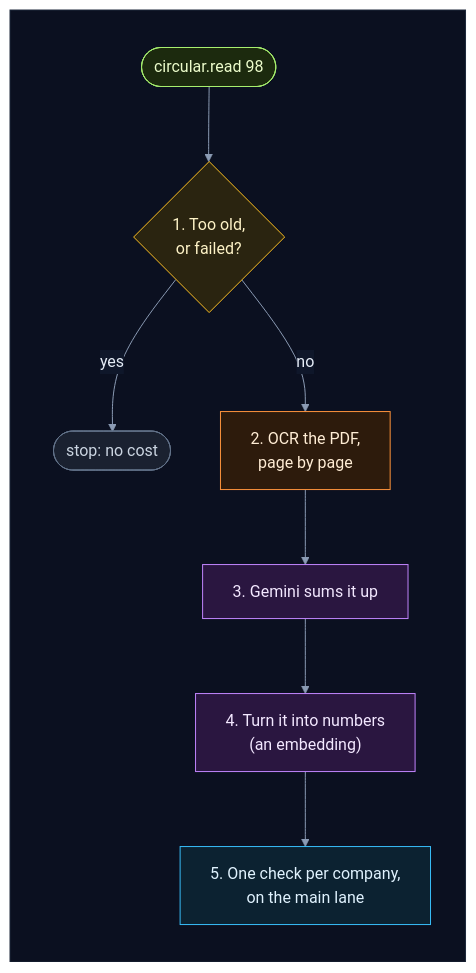
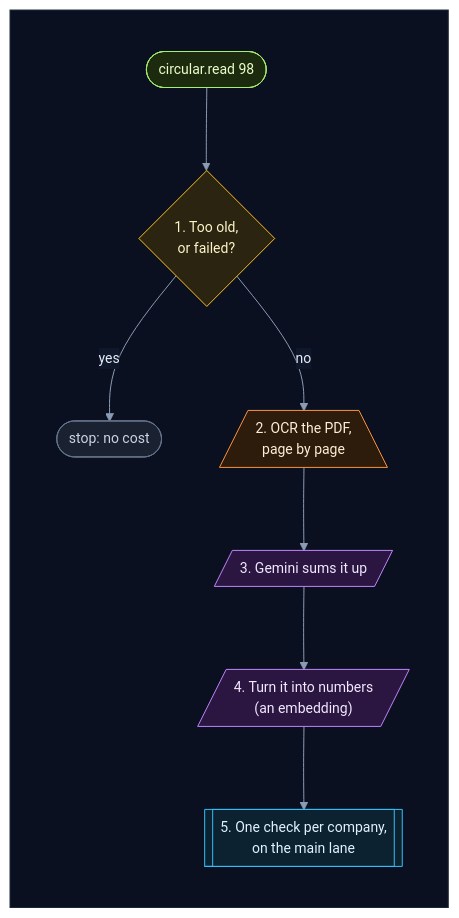
Before and after one commit to selvakumarperumal/Regulatory_Circular_Impact_Agent: the fifth of 8 diagrams in system_overview.md, drawn with Mermaid. The commit also changed other lines of this file and 5 other files, not shown here.

Commit message:
Give the docs' flowcharts a shape per kind of part, more room and slightly smaller text

````diff
--- a/system_overview.md
+++ b/system_overview.md
@@ -214,26 +214,26 @@
 ```mermaid
-%%{init: {"theme": "base", "flowchart": {"diagramPadding": 0}, "themeVariables": {"darkMode": true, "primaryColor": "#16213a", "primaryTextColor": "#e6edf7", "primaryBorderColor": "#475a7a", "lineColor": "#8b9bb4", "secondaryColor": "#1b2436", "tertiaryColor": "#101a2e", "edgeLabelBackground": "#0f172a", "textColor": "#e2e8f0", "clusterBkg": "#0f1728", "clusterBorder": "#2b3a55", "titleColor": "#c4b5fd", "nodeTextColor": "#e6edf7"}}}%%
+%%{init: {"theme": "base", "flowchart": {"diagramPadding": 0, "nodeSpacing": 58, "rankSpacing": 58, "curve": "basis"}, "themeVariables": {"fontSize": "14px", "darkMode": true, "primaryColor": "#16213a", "primaryTextColor": "#e6edf7", "primaryBorderColor": "#475a7a", "lineColor": "#8b9bb4", "secondaryColor": "#1b2436", "tertiaryColor": "#101a2e", "edgeLabelBackground": "#0f172a", "textColor": "#e2e8f0", "clusterBkg": "#0f1728", "clusterBorder": "#2b3a55", "titleColor": "#c4b5fd", "nodeTextColor": "#e6edf7"}}}%%
 flowchart TD
     subgraph canvas[" "]
         direction TB
         t(["circular.read 98"]) --> s{"1. Too old,<br/>or failed?"}
         s -->|"yes"| x(["stop: no cost"])
-        s -->|"no"| o["2. OCR the PDF,<br/>page by page"]
-        o --> g["3. Gemini sums it up"]
-        g --> e["4. Turn it into numbers<br/>(an embedding)"]
-        e --> a["5. One check per company,<br/>on the main lane"]
+        s -->|"no"| o[/"2. OCR the PDF,<br/>page by page"\]
+        o --> g[/"3. Gemini sums it up"/]
+        g --> e[/"4. Turn it into numbers<br/>(an embedding)"/]
+        e --> a[["5. One check per company,<br/>on the main lane"]]
     end
     classDef ext fill:#2a1640,stroke:#c084fc,color:#f3e8ff
     classDef gpu fill:#2d1b0c,stroke:#fb923c,color:#ffedd5
     classDef ask fill:#2a2410,stroke:#fbbf24,color:#fef3c7
     classDef start fill:#1c2a0e,stroke:#a7ef6f,color:#ecfccb
     classDef muted fill:#1a2130,stroke:#64748b,color:#cbd5e1
     classDef queue fill:#0c2231,stroke:#38bdf8,color:#e0f2fe
     class t start
     class s ask
     class x muted
     class o gpu
     class g,e ext
     class a queue
     style canvas fill:#0b1020,stroke:#1e293b,color:#0b1020
 ```
````
